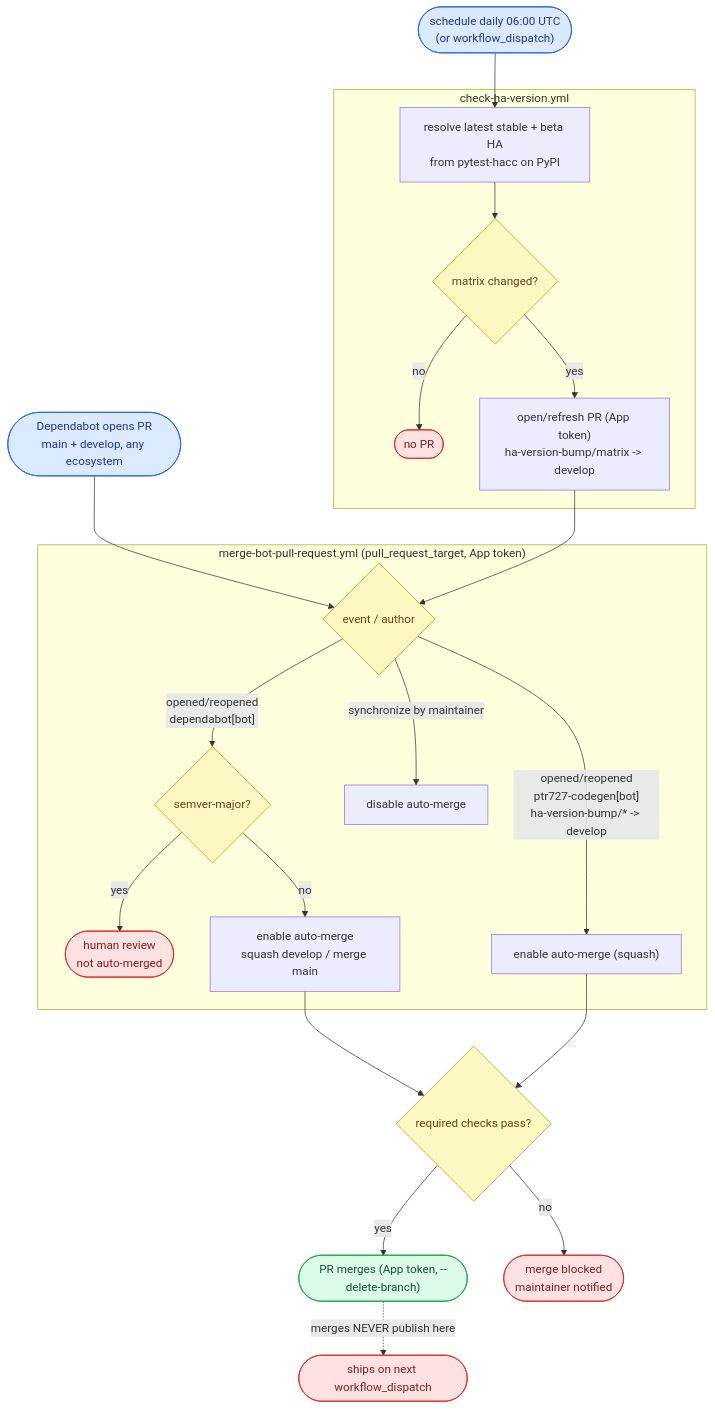
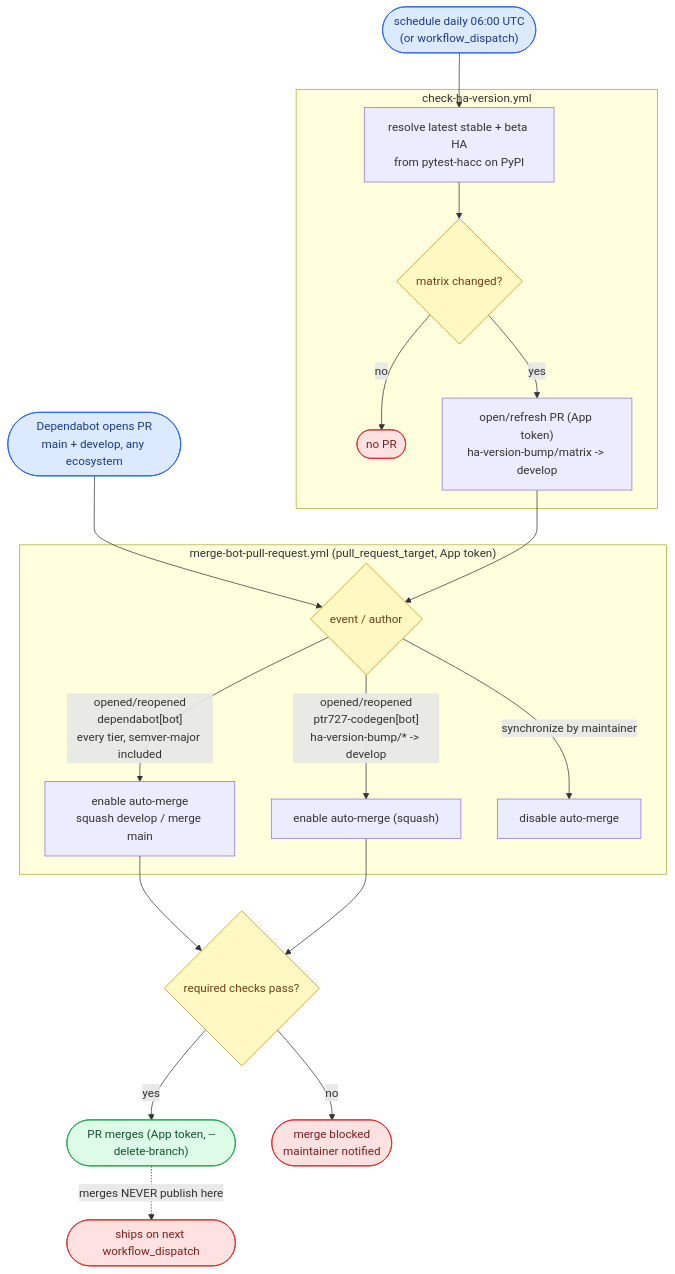
The fourth of 4 diagrams in WORKFLOW.md (ptr727/homeassistant-purpleair), drawn with Mermaid before and after one commit. The commit also changed other lines of this file and 2 other files, not shown here.

First line of the commit message:
Auto-merge every Dependabot tier; tests gate the merge, not version

````diff
--- a/WORKFLOW.md
+++ b/WORKFLOW.md
@@ -337,28 +337,26 @@
 ```mermaid
 flowchart TD
     SCH(["schedule daily 06:00 UTC<br/>(or workflow_dispatch)"]):::trig --> CHK
     subgraph CHT ["check-ha-version.yml"]
         CHK["resolve latest stable + beta HA<br/>from pytest-hacc on PyPI"] --> CHC{"matrix changed?"}:::gate
         CHC -- "no" --> CHN(["no PR"]):::stop
         CHC -- "yes" --> CPR["open/refresh PR (App token)<br/>ha-version-bump/matrix -> develop"]
     end
     DEP(["Dependabot opens PR<br/>main + develop, any ecosystem"]):::trig --> MB
     CPR --> MB
     subgraph MBT ["merge-bot-pull-request.yml (pull_request_target, App token)"]
         MB{"event / author"}:::gate
-        MB -- "opened/reopened<br/>dependabot[bot]" --> ED{"semver-major?"}:::gate
-        ED -- "yes" --> HUM(["human review<br/>not auto-merged"]):::stop
-        ED -- "no" --> EN["enable auto-merge<br/>squash develop / merge main"]
+        MB -- "opened/reopened<br/>dependabot[bot]<br/>every tier, semver-major included" --> EN["enable auto-merge<br/>squash develop / merge main"]
         MB -- "opened/reopened<br/>ptr727-codegen[bot]<br/>ha-version-bump/* -> develop" --> ENH["enable auto-merge (squash)"]
         MB -- "synchronize by maintainer" --> DIS["disable auto-merge"]
     end
     EN --> CK{"required checks pass?"}:::gate
     ENH --> CK
     CK -- "yes" --> MRG(["PR merges (App token, --delete-branch)"]):::pub
     CK -- "no" --> BLK(["merge blocked<br/>maintainer notified"]):::stop
     MRG -. "merges NEVER publish here" .-> DSP(["ships on next workflow_dispatch"]):::stop
     classDef trig fill:#dbeafe,stroke:#2563eb,color:#1e3a8a
     classDef gate fill:#fef9c3,stroke:#ca8a04,color:#713f12
     classDef pub fill:#dcfce7,stroke:#16a34a,color:#14532d
     classDef stop fill:#fee2e2,stroke:#dc2626,color:#7f1d1d
 ```
````
